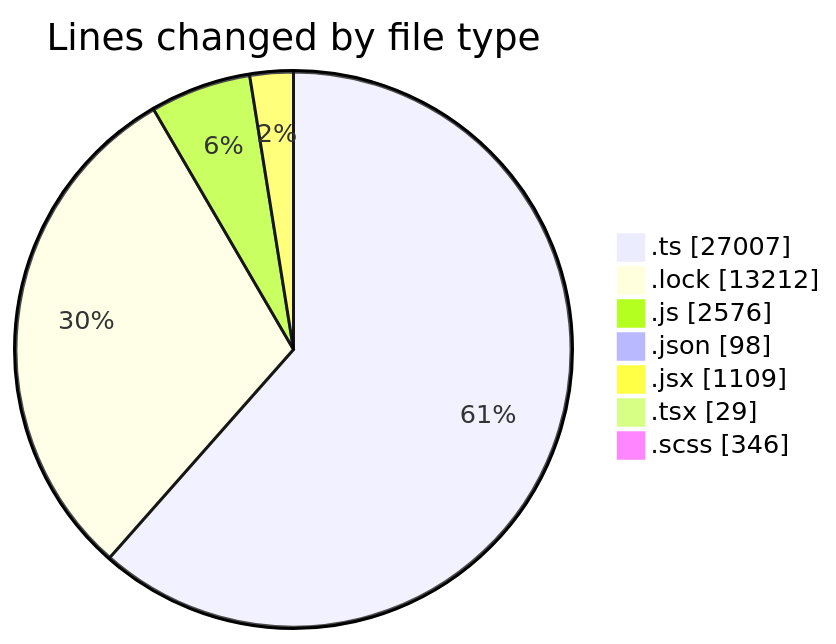
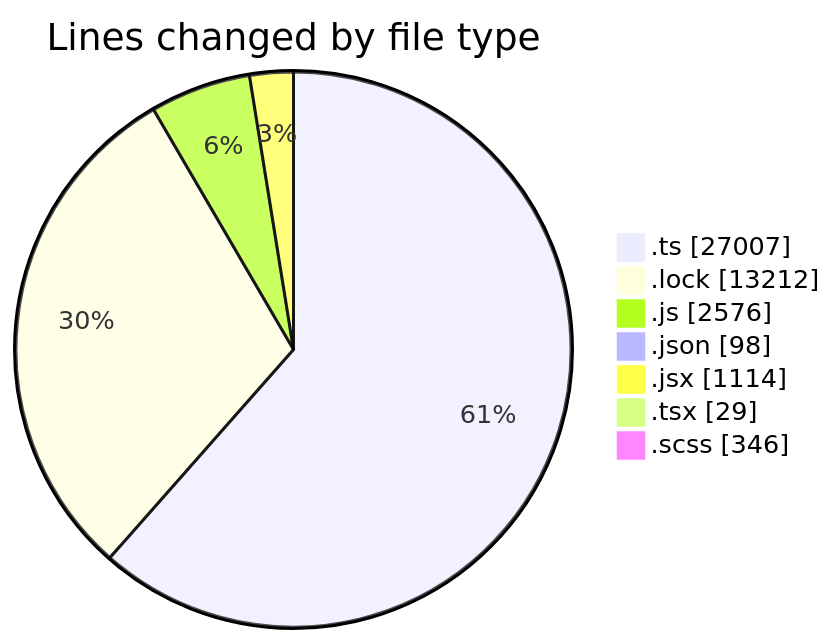
The first of 2 diagrams in 2025-05-16/cda/README.md (momahboobian/code-tracking), drawn with Mermaid before and after one commit. The commit also changed other lines of this file and 1 other file, not shown here.

````diff
--- a/2025-05-16/cda/README.md
+++ b/2025-05-16/cda/README.md
@@ -47,11 +47,11 @@
 ```mermaid
 pie showData
 title Lines changed by file type
 ".ts" : 27007
 ".lock" : 13212
 ".js" : 2576
 ".json" : 98
-".jsx" : 1109
+".jsx" : 1114
 ".tsx" : 29
 ".scss" : 346
 ```
````
